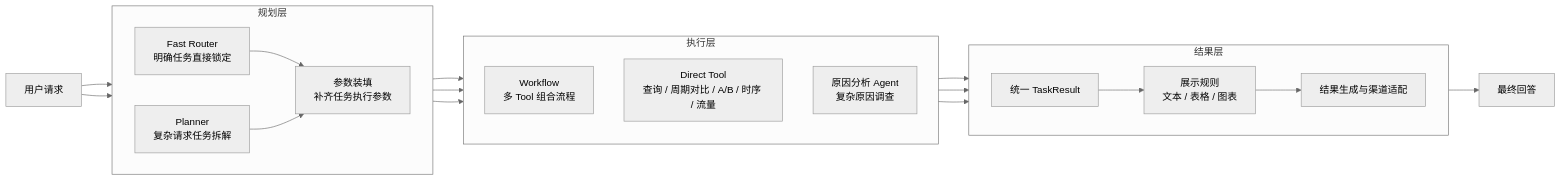
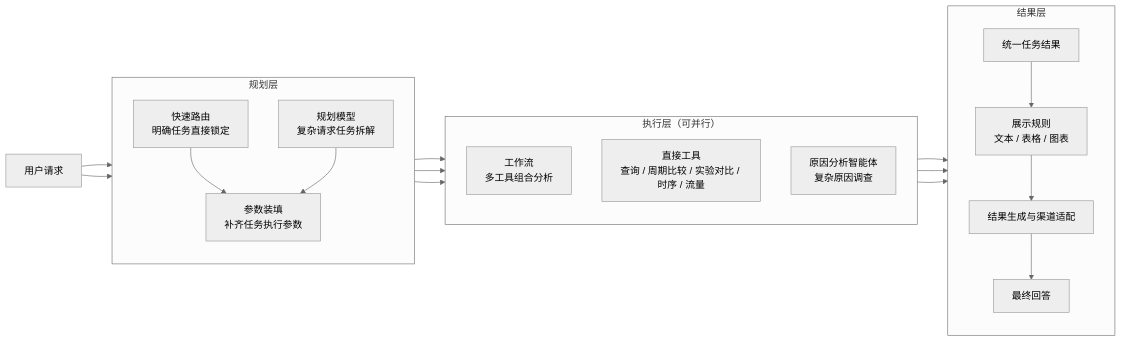
One commit to sgfd-ui/internship changed the second of 2 diagrams in weekly-report/agent-comparison.md. Above: the diagram before and after it, drawn with Mermaid (neutral theme). The commit also changed other lines of this file, not shown here.

Commit message:
docs: reorganize chapter one with aligned Chinese architecture layers

````diff
--- a/weekly-report/agent-comparison.md
+++ b/weekly-report/agent-comparison.md
@@ -45,40 +65,41 @@
 ```mermaid
 flowchart LR
     U[用户请求]
 
     subgraph P[规划层]
-        direction LR
-        F[Fast Router<br/>明确任务直接锁定]
-        L[Planner<br/>复杂请求任务拆解]
+        direction TB
+        F[快速路由<br/>明确任务直接锁定]
+        L[规划模型<br/>复杂请求任务拆解]
         B[参数装填<br/>补齐任务执行参数]
     end
 
-    subgraph E[执行层]
+    subgraph E[执行层（可并行）]
         direction TB
-        W[Workflow<br/>多 Tool 组合流程]
-        T[Direct Tool<br/>查询 / 周期对比 / A/B / 时序 / 流量]
-        A[原因分析 Agent<br/>复杂原因调查]
+        W[工作流<br/>多工具组合分析]
+        T[直接工具<br/>查询 / 周期比较 / 实验对比 / 时序 / 流量]
+        A[原因分析智能体<br/>复杂原因调查]
     end
 
     subgraph R[结果层]
-        direction LR
-        TR[统一 TaskResult]
+        direction TB
+        TR[统一任务结果]
         PR[展示规则<br/>文本 / 表格 / 图表]
-        OUT[结果生成与渠道适配]
+        O[结果生成与渠道适配]
+        F2[最终回答]
     end
 
     U --> F
     U --> L
     F --> B
     L --> B
 
     B --> W
     B --> T
     B --> A
 
     W --> TR
     T --> TR
     A --> TR
 
-    TR --> PR --> OUT --> O[最终回答]
+    TR --> PR --> O --> F2
 ```
````
